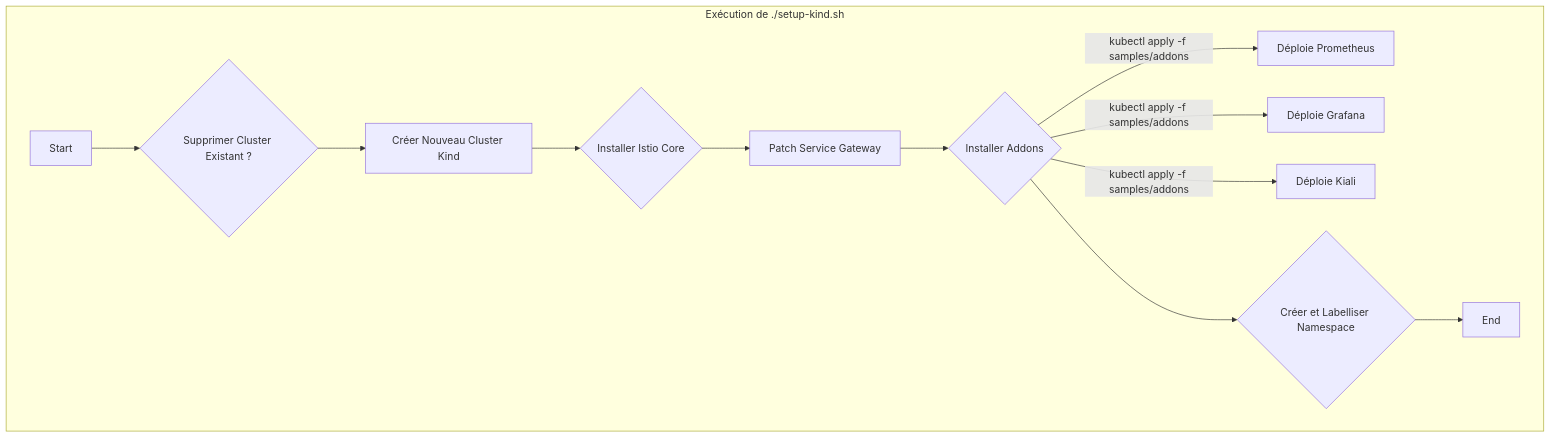
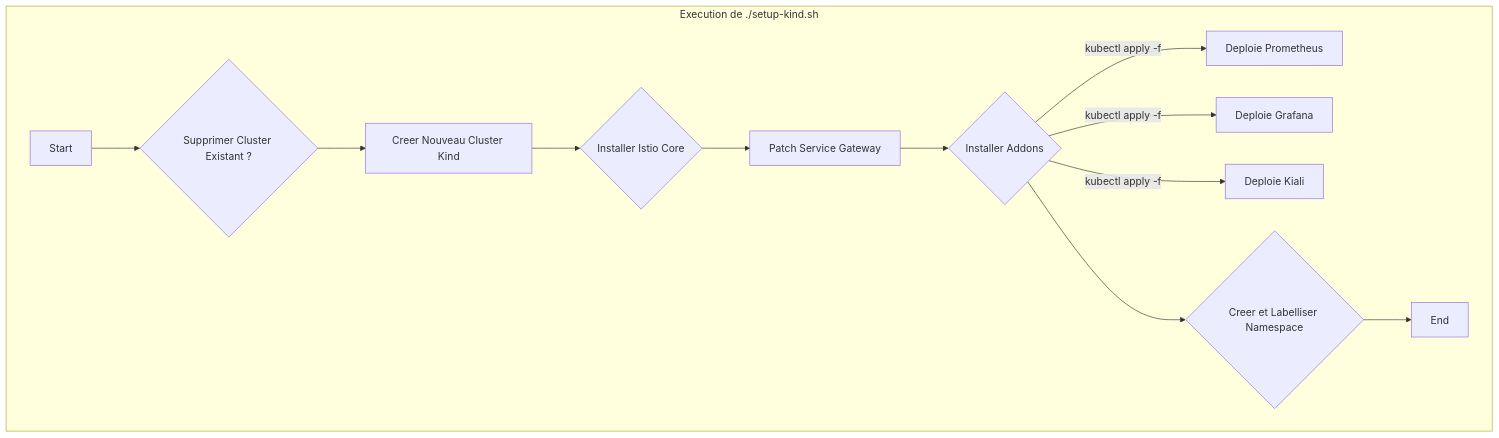
The eighth of 10 diagrams in sprint3.md (HarcheSamir/esisba-lirmm-ecommerce), drawn with Mermaid before and after one commit. The commit also changed other lines of this file, not shown here.

````diff
--- a/sprint3.md
+++ b/sprint3.md
@@ -373,15 +379,15 @@
 ```mermaid
 graph TD
-    subgraph "Exécution de ./setup-kind.sh"
-        A[Start] --> B{Supprimer Cluster Existant ?};
-        B --> C[Créer Nouveau Cluster Kind];
-        C --> D{Installer Istio Core};
-        D --> E[Patch Service Gateway];
-        E --> F{Installer Addons};
-        F -- kubectl apply -f samples/addons --> F1[Déploie Prometheus];
-        F -- kubectl apply -f samples/addons --> F2[Déploie Grafana];
-        F -- kubectl apply -f samples/addons --> F3[Déploie Kiali];
-        F --> G{Créer et Labelliser Namespace};
-        G --> H[End];
+    subgraph "Execution de ./setup-kind.sh"
+        A["Start"] --> B{"Supprimer Cluster Existant ?"};
+        B --> C["Creer Nouveau Cluster Kind"];
+        C --> D{"Installer Istio Core"};
+        D --> E["Patch Service Gateway"];
+        E --> F{"Installer Addons"};
+        F -- "kubectl apply -f" --> F1["Deploie Prometheus"];
+        F -- "kubectl apply -f" --> F2["Deploie Grafana"];
+        F -- "kubectl apply -f" --> F3["Deploie Kiali"];
+        F --> G{"Creer et Labelliser Namespace"};
+        G --> H["End"];
     end
 ```
````
